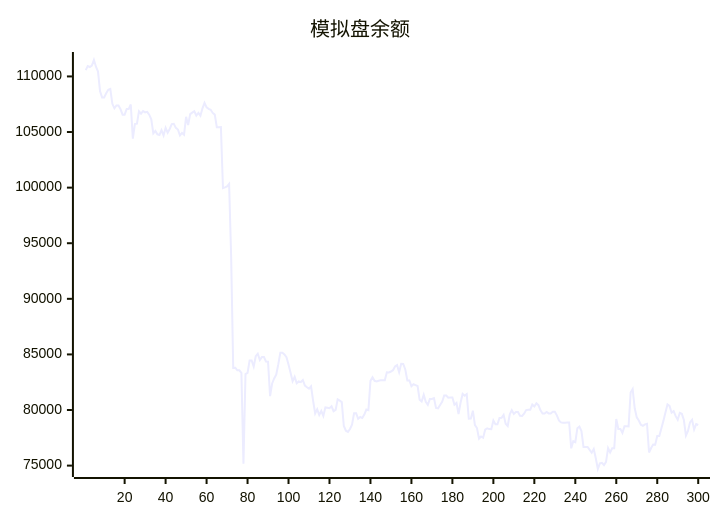
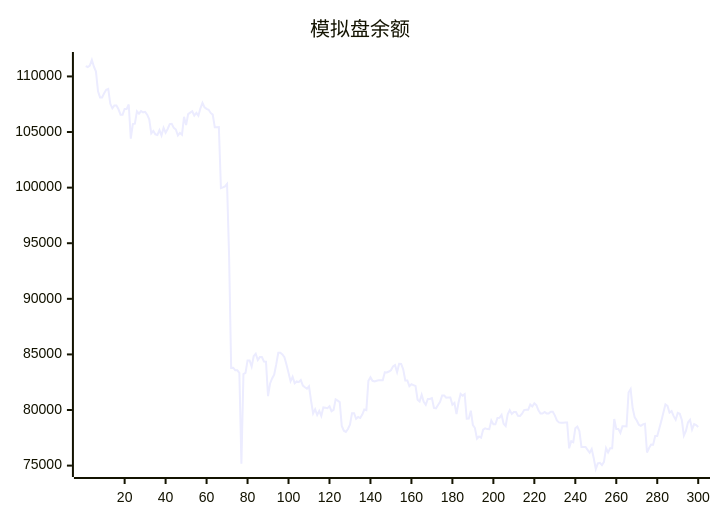
The diagram in README.md (aahl/ai-trading), drawn with Mermaid before and after one commit. The commit also changed other lines of this file and 1 other file, not shown here.

````diff
--- a/README.md
+++ b/README.md
@@ -5,5 +5,5 @@
 ```mermaid
 xychart
     title "模拟盘余额"
-    line [110569,110929,110847,110968,111478,110870,110433,108661,108116,108115,108485,108797,108877,107536,107134,107393,107393,107046,106565,106565,107081,107081,107478,104404,105715,105749,106866,106651,106889,106771,106816,106565,106141,104876,105103,104796,104734,105169,104690,105380,104941,105272,105709,105739,105374,105227,104691,104924,104762,106364,105628,106608,106748,106872,106485,106721,106468,107132,107620,107224,107080,107001,106717,106567,105431,105431,105440,99950,100017,100113,100337,93749,83795,83807,83567,83567,83342,75168,83222,83336,84448,84449,83896,84839,85065,84499,84757,84757,84364,84347,81254,82385,82835,83184,84099,85150,85150,85002,84751,84096,83356,82582,82983,82404,82572,82512,82688,82200,82047,81920,82125,80840,79688,80060,79552,79920,79470,80236,80208,80170,80336,79894,80006,80954,80837,80712,78561,78139,78037,78293,78682,79720,79720,79214,79372,79279,79591,80046,79993,82625,82950,82626,82571,82633,82670,82670,82681,83386,83378,83464,83579,83920,84037,83402,84160,84142,83652,82655,82655,82145,82315,82243,82163,80934,80770,81371,80742,80468,80989,80989,81067,80191,80155,80450,80737,81309,81309,81106,81119,81119,80471,80631,79624,80670,81448,81290,81429,79212,79222,79940,78643,78380,77432,77623,77504,78235,78358,78284,78277,79048,78714,78714,79290,79308,79567,78763,78563,79603,79988,79652,79813,79813,79476,79469,79673,79995,80015,80015,80486,80314,80600,80436,79966,79689,79689,79819,79692,79692,79850,79850,79518,79071,78889,78850,78850,78878,78878,76554,77202,77103,78357,78510,78106,76678,76677,76672,76411,76159,76485,75656,74695,75197,75246,75052,75334,76564,76179,76553,76551,79196,78300,78300,77944,78531,78531,78521,81564,81884,80160,79335,79055,78675,78580,78708,78764,76179,76586,76902,76876,77658,77669,78346,79023,79769,80497,80366,79761,79896,79448,79126,79749,79658,79097,77695,78114,78888,79126,78249,78738,78653]
+    line [110929,110847,110968,111478,110870,110433,108661,108116,108115,108485,108797,108877,107536,107134,107393,107393,107046,106565,106565,107081,107081,107478,104404,105715,105749,106866,106651,106889,106771,106816,106565,106141,104876,105103,104796,104734,105169,104690,105380,104941,105272,105709,105739,105374,105227,104691,104924,104762,106364,105628,106608,106748,106872,106485,106721,106468,107132,107620,107224,107080,107001,106717,106567,105431,105431,105440,99950,100017,100113,100337,93749,83795,83807,83567,83567,83342,75168,83222,83336,84448,84449,83896,84839,85065,84499,84757,84757,84364,84347,81254,82385,82835,83184,84099,85150,85150,85002,84751,84096,83356,82582,82983,82404,82572,82512,82688,82200,82047,81920,82125,80840,79688,80060,79552,79920,79470,80236,80208,80170,80336,79894,80006,80954,80837,80712,78561,78139,78037,78293,78682,79720,79720,79214,79372,79279,79591,80046,79993,82625,82950,82626,82571,82633,82670,82670,82681,83386,83378,83464,83579,83920,84037,83402,84160,84142,83652,82655,82655,82145,82315,82243,82163,80934,80770,81371,80742,80468,80989,80989,81067,80191,80155,80450,80737,81309,81309,81106,81119,81119,80471,80631,79624,80670,81448,81290,81429,79212,79222,79940,78643,78380,77432,77623,77504,78235,78358,78284,78277,79048,78714,78714,79290,79308,79567,78763,78563,79603,79988,79652,79813,79813,79476,79469,79673,79995,80015,80015,80486,80314,80600,80436,79966,79689,79689,79819,79692,79692,79850,79850,79518,79071,78889,78850,78850,78878,78878,76554,77202,77103,78357,78510,78106,76678,76677,76672,76411,76159,76485,75656,74695,75197,75246,75052,75334,76564,76179,76553,76551,79196,78300,78300,77944,78531,78531,78521,81564,81884,80160,79335,79055,78675,78580,78708,78764,76179,76586,76902,76876,77658,77669,78346,79023,79769,80497,80366,79761,79896,79448,79126,79749,79658,79097,77695,78114,78888,79126,78249,78738,78653,78478]
 ```
````
